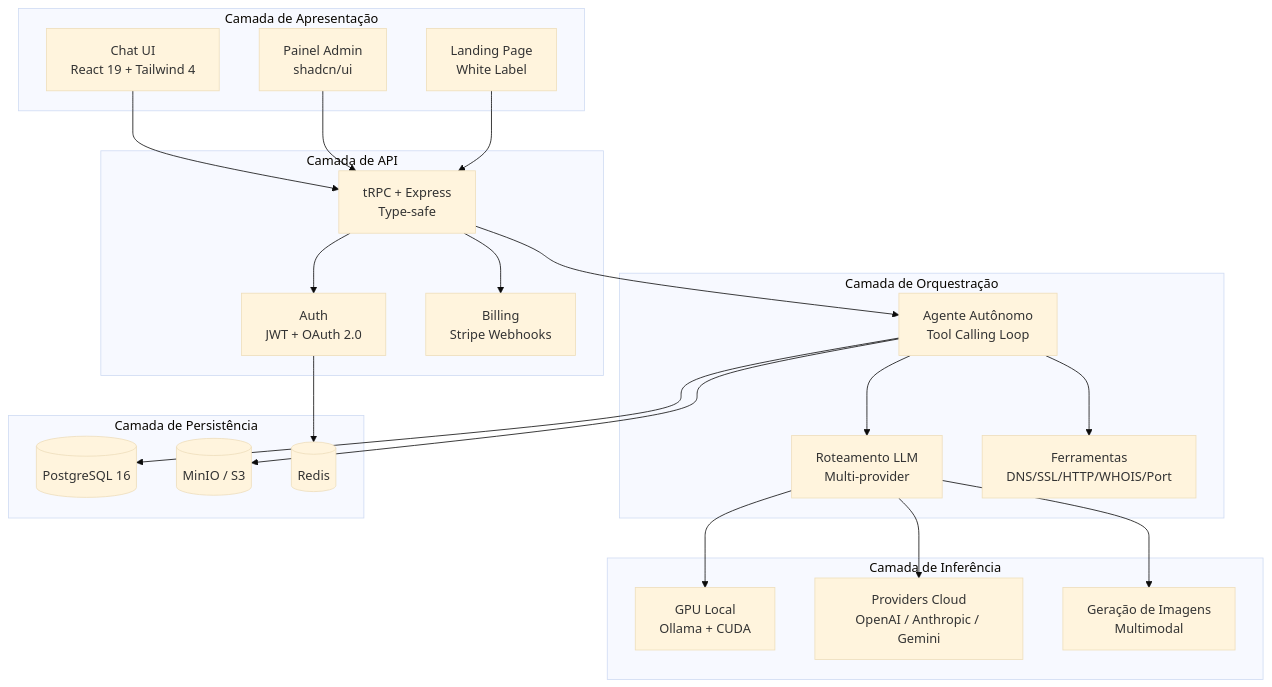
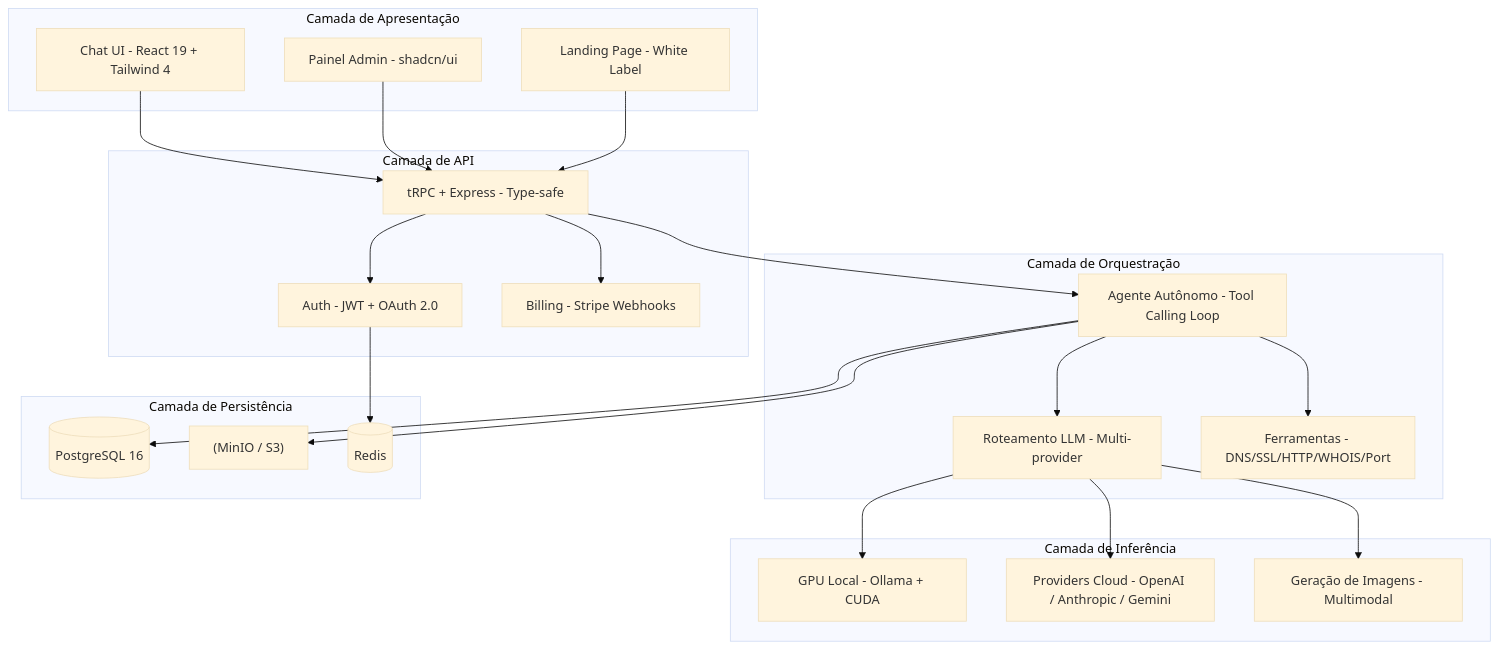
The sixth of 9 diagrams in docs/WHITEPAPER_PTBR.md (SperryTecnologia/debuga-ai), drawn with Mermaid (base theme) before and after one commit. The commit also changed other lines of this file and 213 other files, not shown here.

````diff
--- a/docs/WHITEPAPER_PTBR.md
+++ b/docs/WHITEPAPER_PTBR.md
@@ -174,42 +174,42 @@
 ```mermaid
 graph TB
     subgraph "Camada de Apresentação"
-        UI[Chat UI<br/>React 19 + Tailwind 4]
-        ADMIN[Painel Admin<br/>shadcn/ui]
-        LP[Landing Page<br/>White Label]
+        UI[Chat UI - React 19 + Tailwind 4]
+        ADMIN["Painel Admin - shadcn/ui"]
+        LP[Landing Page - White Label]
     end
     subgraph "Camada de API"
-        API[tRPC + Express<br/>Type-safe]
-        AUTH[Auth<br/>JWT + OAuth 2.0]
-        BILL[Billing<br/>Stripe Webhooks]
+        API[tRPC + Express - Type-safe]
+        AUTH[Auth - JWT + OAuth 2.0]
+        BILL[Billing - Stripe Webhooks]
     end
     subgraph "Camada de Orquestração"
-        AGENT[Agente Autônomo<br/>Tool Calling Loop]
-        ROUTER[Roteamento LLM<br/>Multi-provider]
-        TOOLS[Ferramentas<br/>DNS/SSL/HTTP/WHOIS/Port]
+        AGENT[Agente Autônomo - Tool Calling Loop]
+        ROUTER[Roteamento LLM - Multi-provider]
+        TOOLS["Ferramentas - DNS/SSL/HTTP/WHOIS/Port"]
     end
     subgraph "Camada de Inferência"
-        GPU[GPU Local<br/>Ollama + CUDA]
-        CLOUD[Providers Cloud<br/>OpenAI / Anthropic / Gemini]
-        IMG[Geração de Imagens<br/>Multimodal]
+        GPU[GPU Local - Ollama + CUDA]
+        CLOUD["Providers Cloud - OpenAI / Anthropic / Gemini"]
+        IMG[Geração de Imagens - Multimodal]
     end
     subgraph "Camada de Persistência"
         PG[(PostgreSQL 16)]
-        S3[(MinIO / S3)]
+        S3["(MinIO / S3)"]
         REDIS[(Redis)]
     end
     UI --> API
     ADMIN --> API
     LP --> API
     API --> AUTH
     API --> BILL
     API --> AGENT
     AGENT --> ROUTER
     AGENT --> TOOLS
     ROUTER --> GPU
     ROUTER --> CLOUD
     ROUTER --> IMG
     AGENT --> PG
     AGENT --> S3
     AUTH --> REDIS
 ```
````
